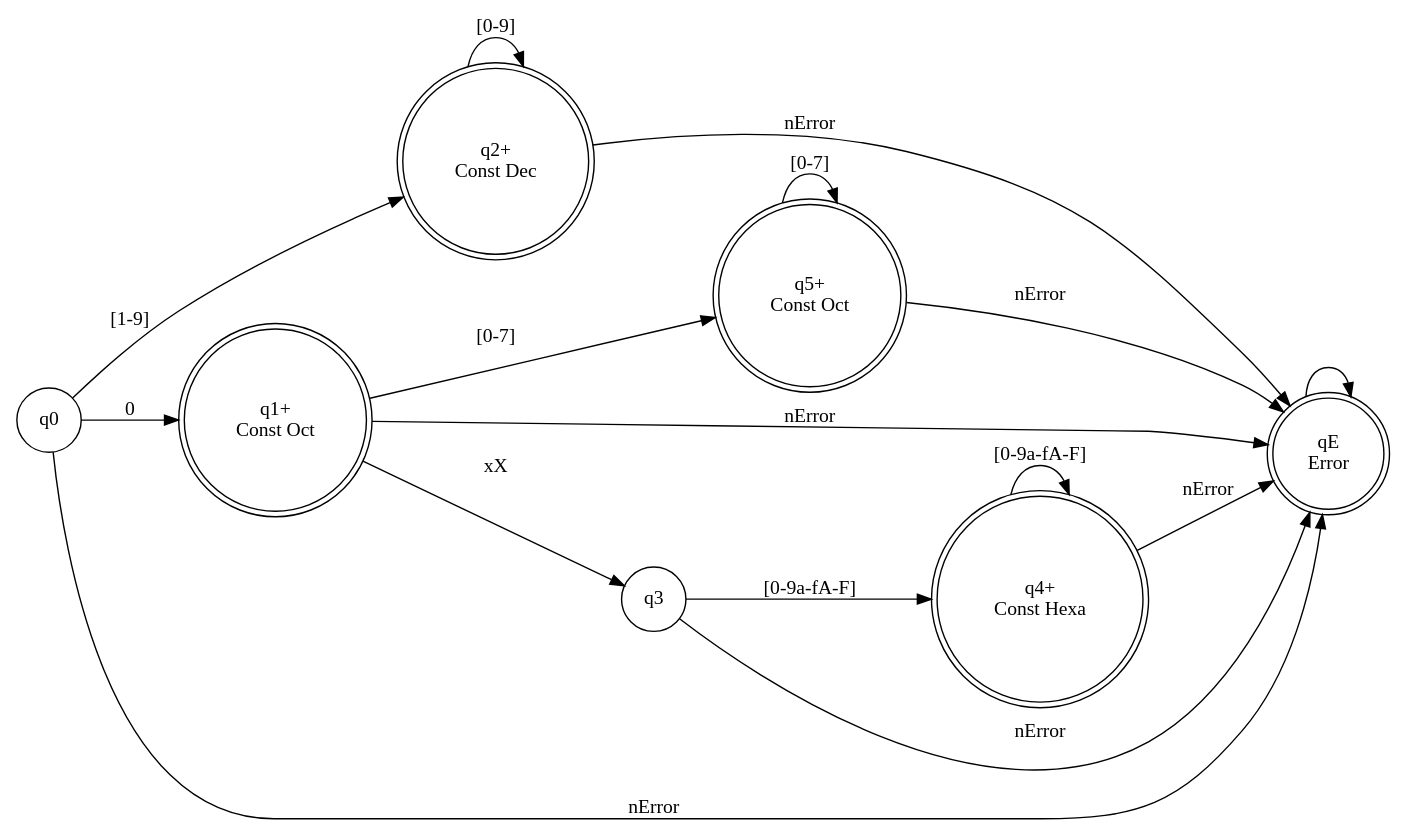
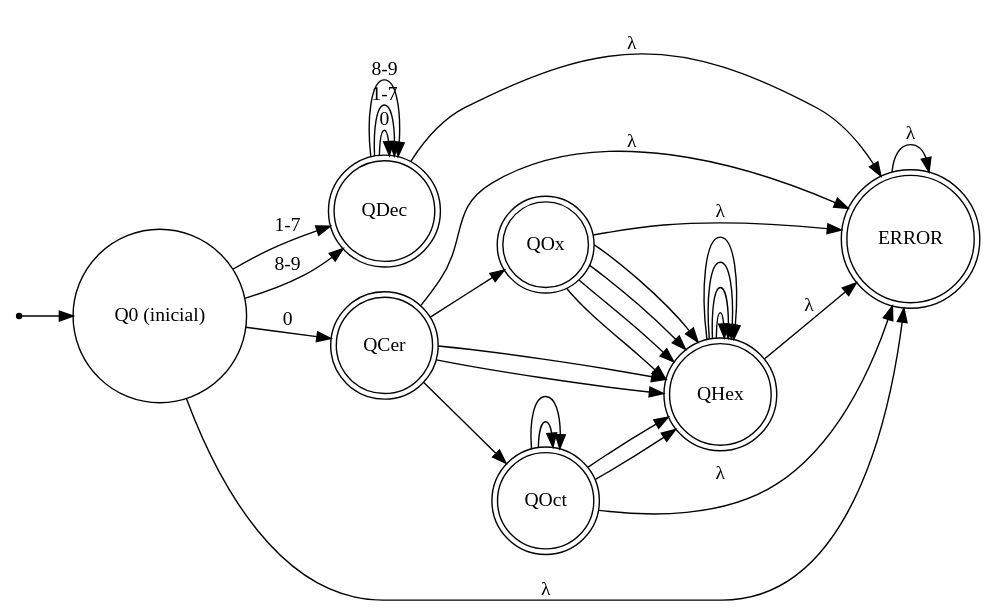
One commit to mmercedesotero/Analizador-Sint-ctico-L-xico-y-Sem-ntico changed the diagram in AFD/automataFinDet.dot. Above: the diagram before and after it, drawn with Graphviz.

Commit message:
Siguiendo la tabla -Upd AFD Grafico

```diff
--- a/AFD/automataFinDet.dot
+++ b/AFD/automataFinDet.dot
@@ -1,27 +1,50 @@
 digraph AFD { 
   rankdir=LR; 
   node [shape=circle];
-  q0 ;
-  q2 [label ="q2+\n Const Dec",shape=doublecircle];
-  q1 [label ="q1+\n Const Oct",shape=doublecircle];
-  q5 [label ="q5+\n Const Oct",shape=doublecircle];
-  q4 [label ="q4+\n Const Hexa",shape=doublecircle];
-  qE [label="qE\nError", shape=doublecircle];
+  Q0     [label="Q0 (inicial)"];
+  QDec   [label="QDec", shape=doublecircle];
+  QCer   [label="QCer", shape=doublecircle];
+  QOx    [label="QOx", shape=doublecircle];
+  QOct   [label="QOct", shape=doublecircle];
+  QHex   [label="QHex", shape=doublecircle];
+  QERROR  [label="ERROR", shape=doublecircle];
 
-  q0 -> q2 [label = "[1-9]"];
-  q2 -> q2 [label = "[0-9]"];
-  q0 -> q1 [label ="0"];
-  q1 -> q3 [label ="xX"];
-  q1 -> q5 [label = "[0-7]"];
-  q5 -> q5 [label = "[0-7]"];
-  q3 -> q4 [label = "[0-9a-fA-F]"];
-  q4 -> q4 [label = "[0-9a-fA-F]"];
-
-  q0 -> qE [label="nError"];
-  q1 -> qE [label="nError"];
-  q2 -> qE [label="nError"];
-  q3 -> qE [label="nError"];
-  q4 -> qE [label="nError"];
-  q5 -> qE [label="nError"];
-  qE -> qE ;
+  inicio [shape=point];
+  inicio -> Q0;
+  // Q0
+  Q0 -> QDec  [label="1-7"];
+  Q0 -> QDec  [label="8-9"];
+  Q0 -> QCer  [label="0"];
+  Q0 -> QERROR [label="λ"];
+  // QDec
+  QDec -> QDec  [label="0"];
+  QDec -> QDec  [label="1-7"];
+  QDec -> QDec  [label="8-9"];
+  QDec -> QERROR [label="λ"];
+  // QCer
+  QCer->QOct
+  QCer->QHex
+  QCer->QOx
+  QCer->QHex
+  QCer -> QERROR [label="λ"];
+  // QOx
+  QOx->QHex
+  QOx->QHex
+  QOx->QHex
+  QOx->QHex
+  QOx -> QERROR [label="λ"];
+  // QOct
+  QOct-> QOct
+  QOct-> QOct
+  QOct-> QHex
+  QOct-> QHex
+  QOct -> QERROR [label="λ"];
+  // QHex
+  QHex-> QHex
+  QHex-> QHex
+  QHex-> QHex
+  QHex-> QHex
+  QHex -> QERROR [label="λ"];
+  // QERROR
+  QERROR -> QERROR [label="λ"];
 } 
```
